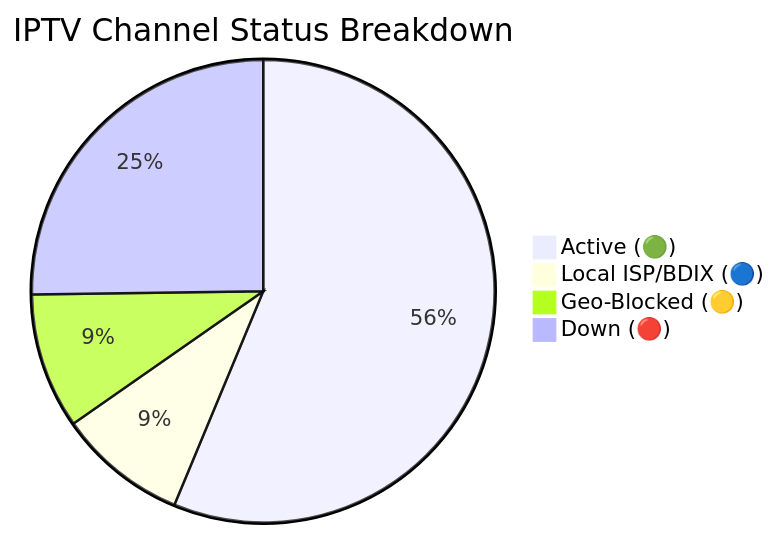
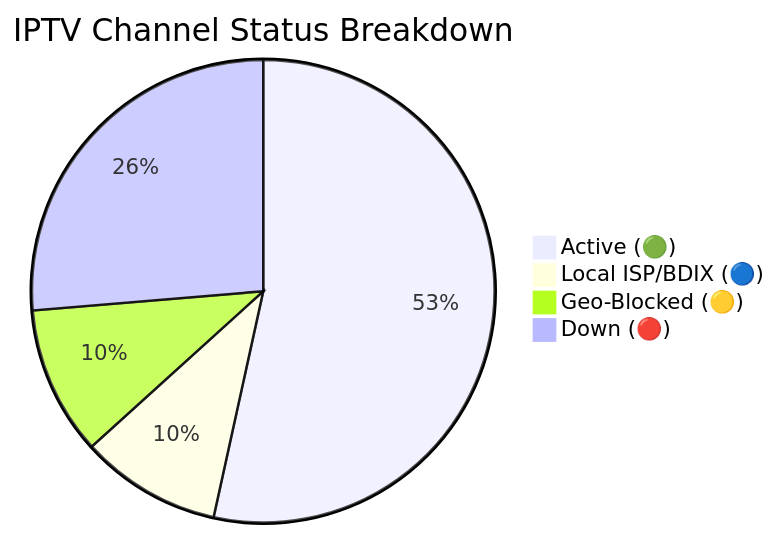
Before and after one commit to Zaman-Topu/Ip-tv-Collection: the diagram in README.md, drawn with Mermaid. The commit also changed other lines of this file and 6 other files, not shown here.

````diff
--- a/README.md
+++ b/README.md
@@ -149,7 +149,7 @@
 ```mermaid
 pie title IPTV Channel Status Breakdown
-    "Active (🟢)" : 10705
-    "Local ISP/BDIX (🔵)" : 1718
-    "Geo-Blocked (🟡)" : 1803
-    "Down (🔴)" : 4797
+    "Active (🟢)" : 9177
+    "Local ISP/BDIX (🔵)" : 1691
+    "Geo-Blocked (🟡)" : 1783
+    "Down (🔴)" : 4521
 ```
````
